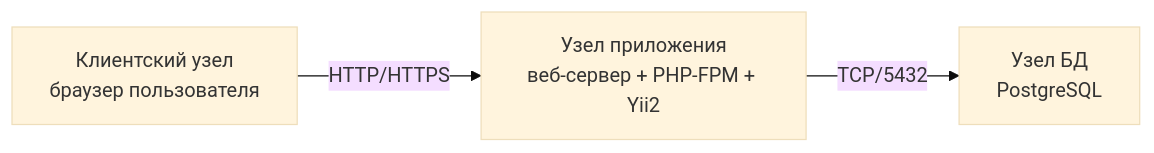
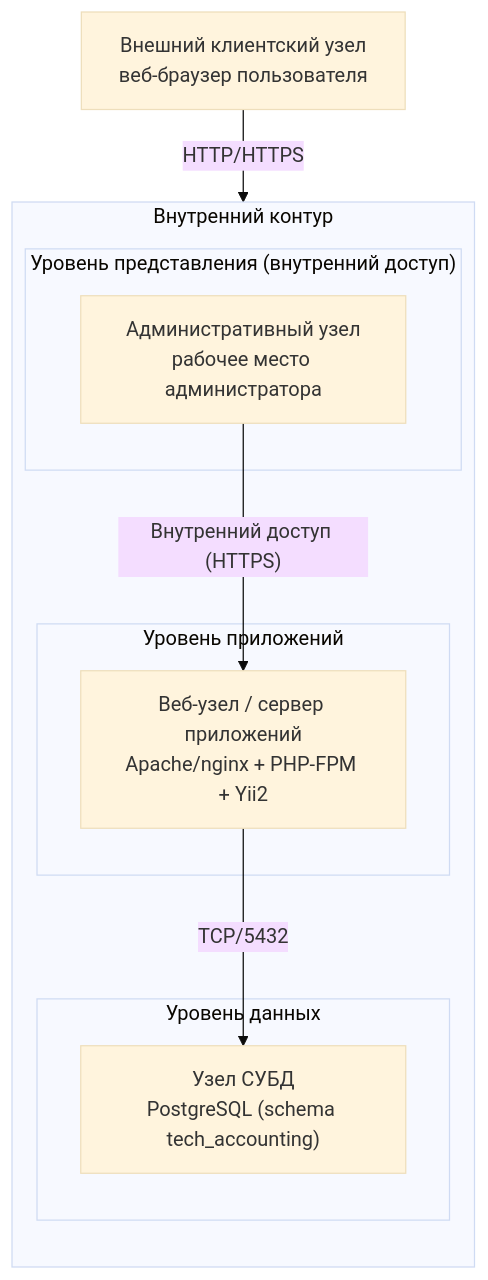
Before and after one commit to rrevva1/IAS_VNIIC: the diagram in docs/vkr/export/mermaid-src/chapter2_fig_3.mmd, drawn with Mermaid (base theme). The commit also changed 557 other files, not shown here.

```diff
--- a/docs/vkr/export/mermaid-src/chapter2_fig_3.mmd
+++ b/docs/vkr/export/mermaid-src/chapter2_fig_3.mmd
@@ -1,6 +1,21 @@
-graph LR
-  clientNode["Клиентский узел<br/>браузер пользователя"]
-  appNode["Узел приложения<br/>веб-сервер + PHP-FPM + Yii2"]
-  dbNode["Узел БД<br/>PostgreSQL"]
+%% Рисунок 2.3 — UML-диаграмма развёртывания прототипа
+%% Нотация: UML Deployment Diagram (адаптировано в graph TB)
+graph TB
+  clientNode["Внешний клиентский узел<br/>веб-браузер пользователя"]
+
+  subgraph internalContour["Внутренний контур"]
+    direction TB
+    subgraph presentationLayer["Уровень представления (внутренний доступ)"]
+      adminNode["Административный узел<br/>рабочее место администратора"]
+    end
+    subgraph appLayer["Уровень приложений"]
+      appNode["Веб-узел / сервер приложений<br/>Apache/nginx + PHP-FPM + Yii2"]
+    end
+    subgraph dataLayer["Уровень данных"]
+      dbNode["Узел СУБД<br/>PostgreSQL (schema tech_accounting)"]
+    end
+  end
+
   clientNode -->|"HTTP/HTTPS"| appNode
+  adminNode -->|"Внутренний доступ (HTTPS)"| appNode
   appNode -->|"TCP/5432"| dbNode
```
